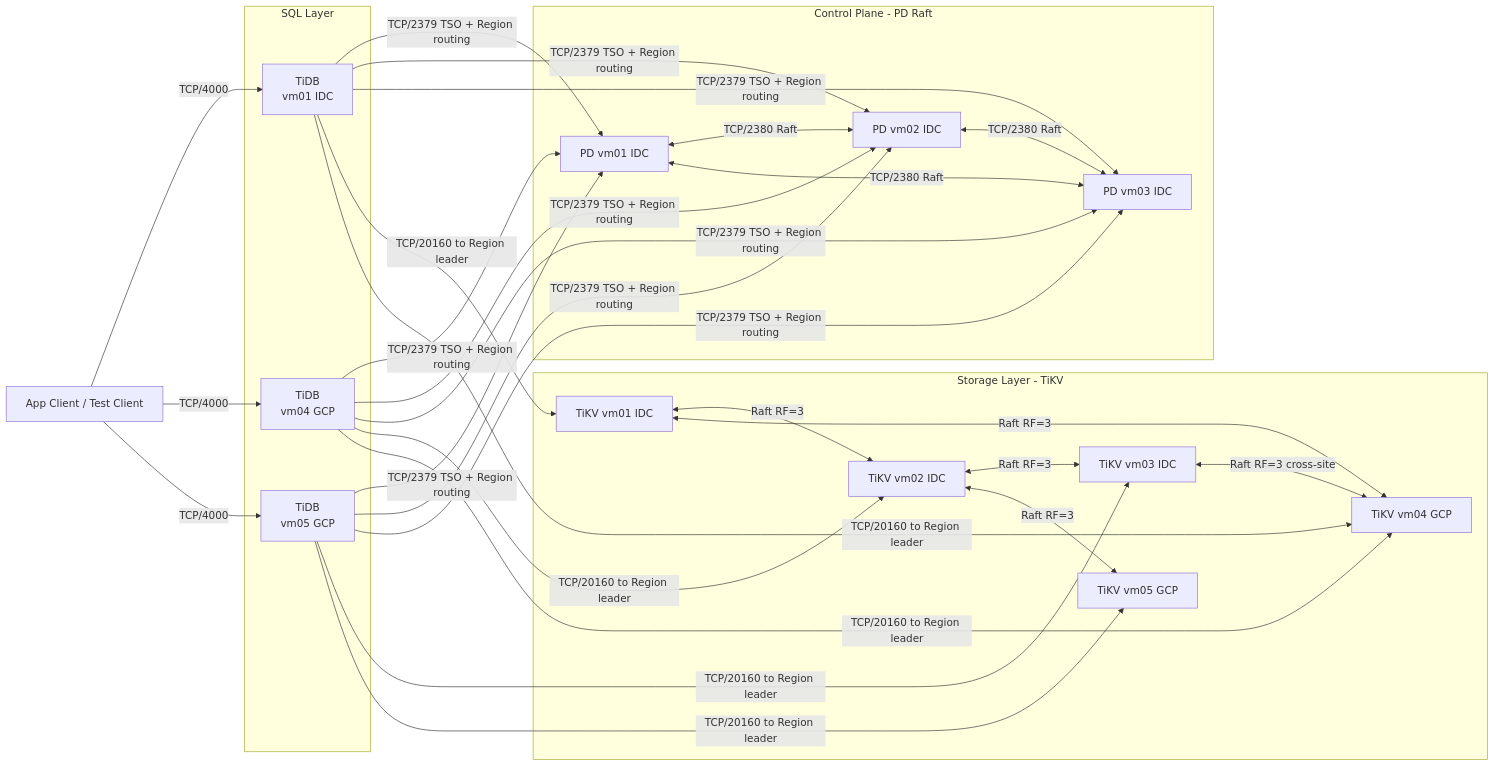
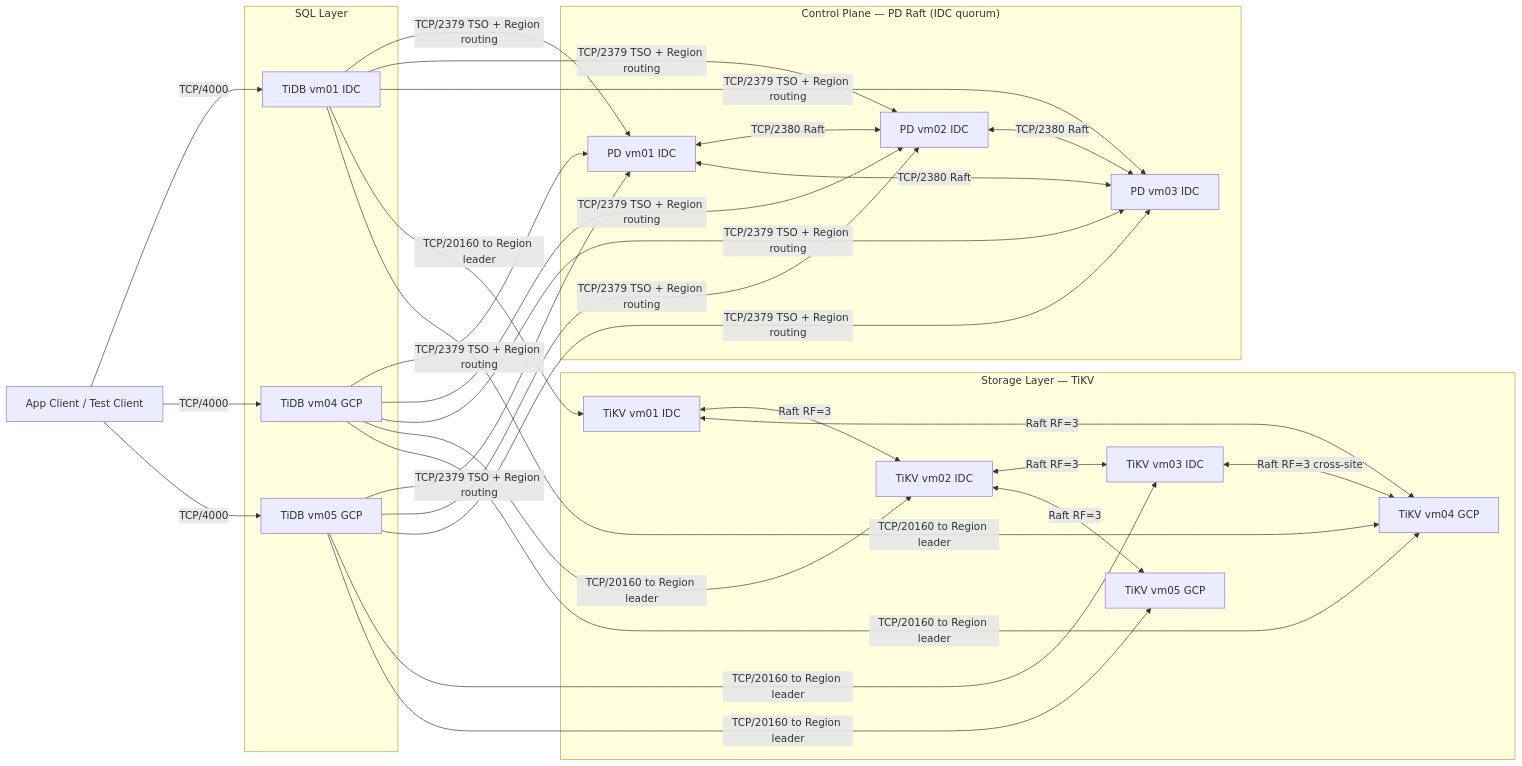
The third of 4 diagrams in poc/0_projectFor104/docs/architecture/tidb.md (heavenruler/dba_career), drawn with Mermaid before and after one commit. The commit also changed other lines of this file and 3 other files, not shown here.

````diff
--- a/poc/0_projectFor104/docs/architecture/tidb.md
+++ b/poc/0_projectFor104/docs/architecture/tidb.md
@@ -5,55 +152,55 @@
 ```mermaid
 flowchart LR
     C1[App Client / Test Client]
 
     subgraph SQL[SQL Layer]
-        T1[TiDB\nvm01 IDC]
-        T4[TiDB\nvm04 GCP]
-        T5[TiDB\nvm05 GCP]
+        T1[TiDB vm01 IDC]
+        T4[TiDB vm04 GCP]
+        T5[TiDB vm05 GCP]
     end
 
-    subgraph PD[Control Plane - PD Raft]
+    subgraph PD["Control Plane — PD Raft (IDC quorum)"]
         P1[PD vm01 IDC]
         P2[PD vm02 IDC]
         P3[PD vm03 IDC]
     end
 
-    subgraph KV[Storage Layer - TiKV]
+    subgraph KV[Storage Layer — TiKV]
         K1[TiKV vm01 IDC]
         K2[TiKV vm02 IDC]
         K3[TiKV vm03 IDC]
         K4[TiKV vm04 GCP]
         K5[TiKV vm05 GCP]
     end
 
     C1 -->|TCP/4000| T1
     C1 -->|TCP/4000| T4
     C1 -->|TCP/4000| T5
 
     T1 -->|TCP/2379 TSO + Region routing| P1
     T1 -->|TCP/2379 TSO + Region routing| P2
     T1 -->|TCP/2379 TSO + Region routing| P3
     T4 -->|TCP/2379 TSO + Region routing| P1
     T4 -->|TCP/2379 TSO + Region routing| P2
     T4 -->|TCP/2379 TSO + Region routing| P3
     T5 -->|TCP/2379 TSO + Region routing| P1
     T5 -->|TCP/2379 TSO + Region routing| P2
     T5 -->|TCP/2379 TSO + Region routing| P3
 
     T1 -->|TCP/20160 to Region leader| K1
     T1 -->|TCP/20160 to Region leader| K4
     T4 -->|TCP/20160 to Region leader| K2
     T4 -->|TCP/20160 to Region leader| K4
     T5 -->|TCP/20160 to Region leader| K3
     T5 -->|TCP/20160 to Region leader| K5
 
     K1 <-->|Raft RF=3| K2
     K1 <-->|Raft RF=3| K4
     K2 <-->|Raft RF=3| K3
     K2 <-->|Raft RF=3| K5
     K3 <-->|Raft RF=3 cross-site| K4
 
     P1 <-->|TCP/2380 Raft| P2
     P1 <-->|TCP/2380 Raft| P3
     P2 <-->|TCP/2380 Raft| P3
 ```
````
